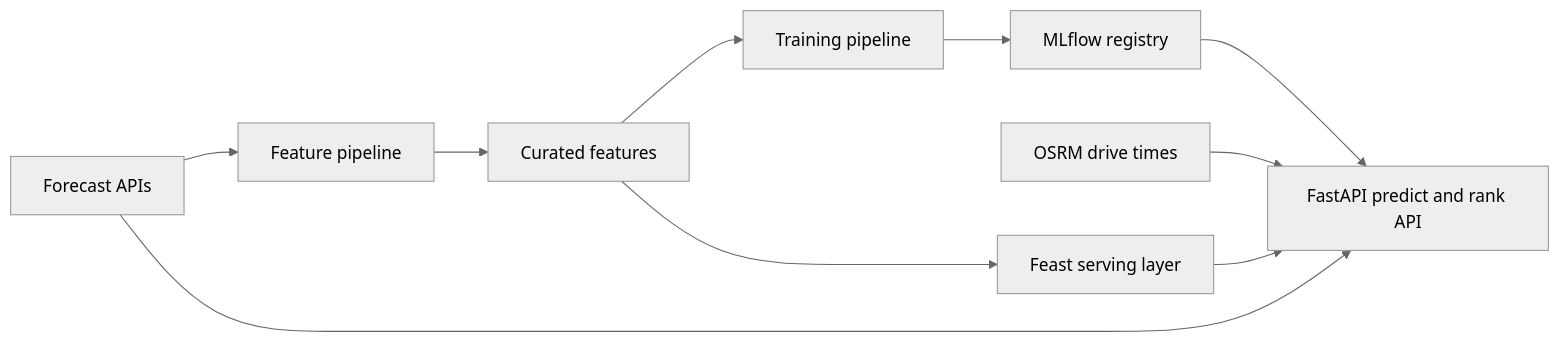
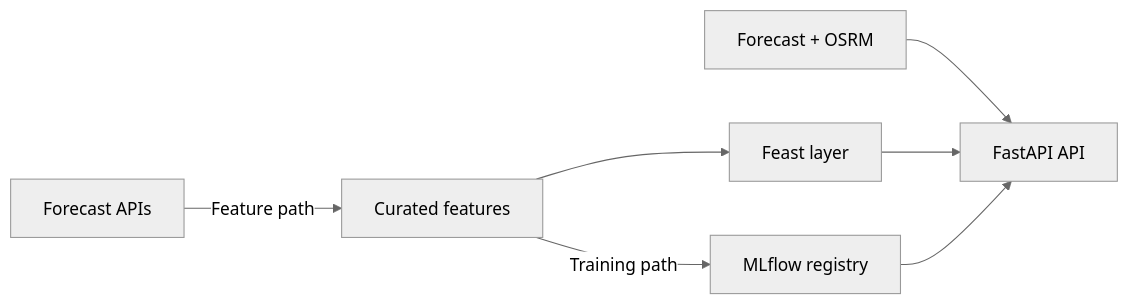
One commit to javihslu/foehncast changed the first of 2 diagrams in README.md. Above: the diagram before and after it, drawn with Mermaid (neutral theme). The commit also changed other lines of this file and 22 other files, not shown here.

Commit message:
docs(site): simplify Mermaid diagrams

````diff
--- a/README.md
+++ b/README.md
@@ -9,12 +9,9 @@
 ```mermaid
 flowchart LR
-    Forecasts[Forecast APIs] --> Features[Feature pipeline]
-    Features --> Curated[Curated features]
-    Curated --> Training[Training pipeline]
-    Training --> Registry[MLflow registry]
-    Registry --> API[FastAPI predict and rank API]
-    Forecasts --> API
-    Drive[OSRM drive times] --> API
-    Curated --> Feast[Feast serving layer]
-    Feast --> API
+  Forecasts[Forecast APIs] -->|Feature path| Curated[Curated features]
+  Curated -->|Training path| Registry[MLflow registry]
+  Curated --> Feast[Feast layer]
+  Inputs[Forecast + OSRM] --> API[FastAPI API]
+  Feast --> API
+  Registry --> API
 ```
````
